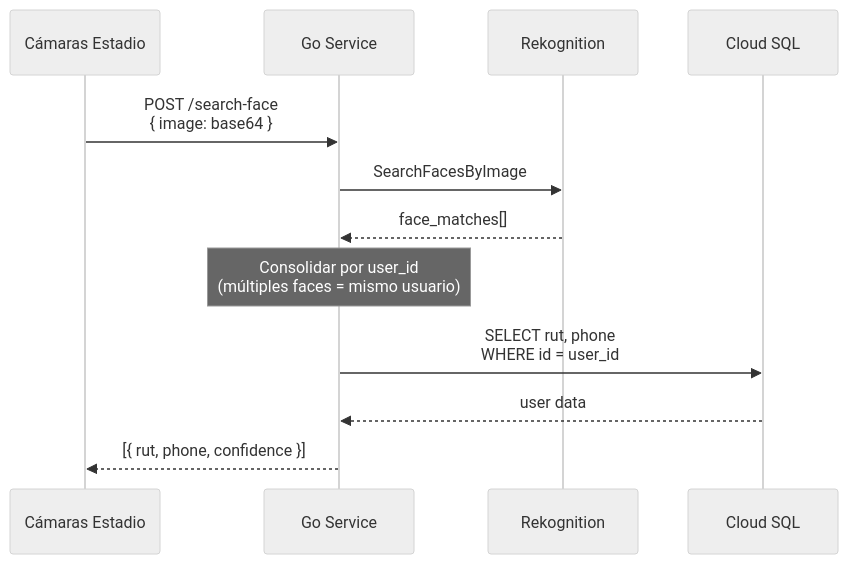
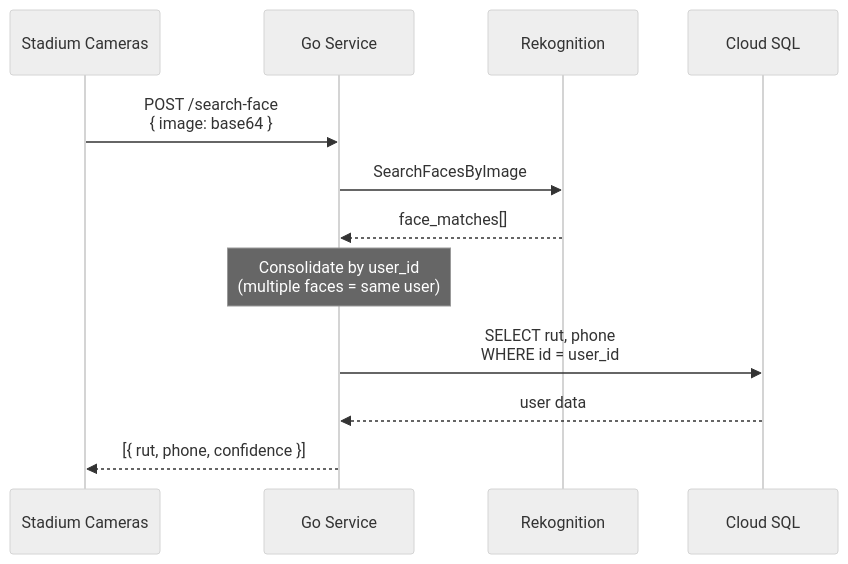
Before and after one commit to arnigon-holdings/app-socios-estadio: the third of 3 diagrams in docs/ARQUITECTURA.md, drawn with Mermaid (neutral theme). The commit also changed other lines of this file and 5 other files, not shown here.

````diff
--- a/docs/ARQUITECTURA.md
+++ b/docs/ARQUITECTURA.md
@@ -117,18 +117,18 @@
 ```mermaid
 sequenceDiagram
-    participant Camera as Cámaras Estadio
+    participant Camera as Stadium Cameras
     participant Go as Go Service
     participant Rekognition as Rekognition
     participant DB as Cloud SQL
 
     Camera->>Go: POST /search-face<br/>{ image: base64 }
     Go->>Rekognition: SearchFacesByImage
     Rekognition-->>Go: face_matches[]
 
-    Note over Go: Consolidar por user_id<br/>(múltiples faces = mismo usuario)
+    Note over Go: Consolidate by user_id<br/>(multiple faces = same user)
 
     Go->>DB: SELECT rut, phone<br/>WHERE id = user_id
     DB-->>Go: user data
 
     Go-->>Camera: [{ rut, phone, confidence }]
 ```
````
